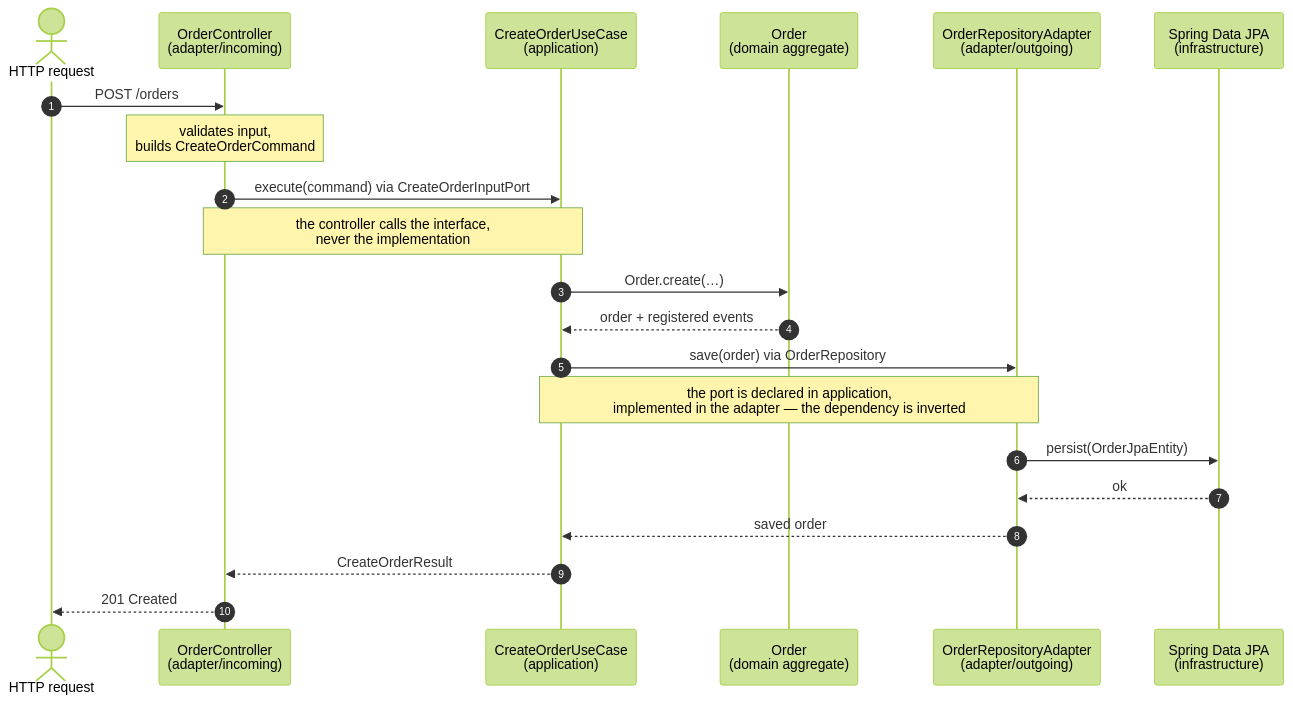
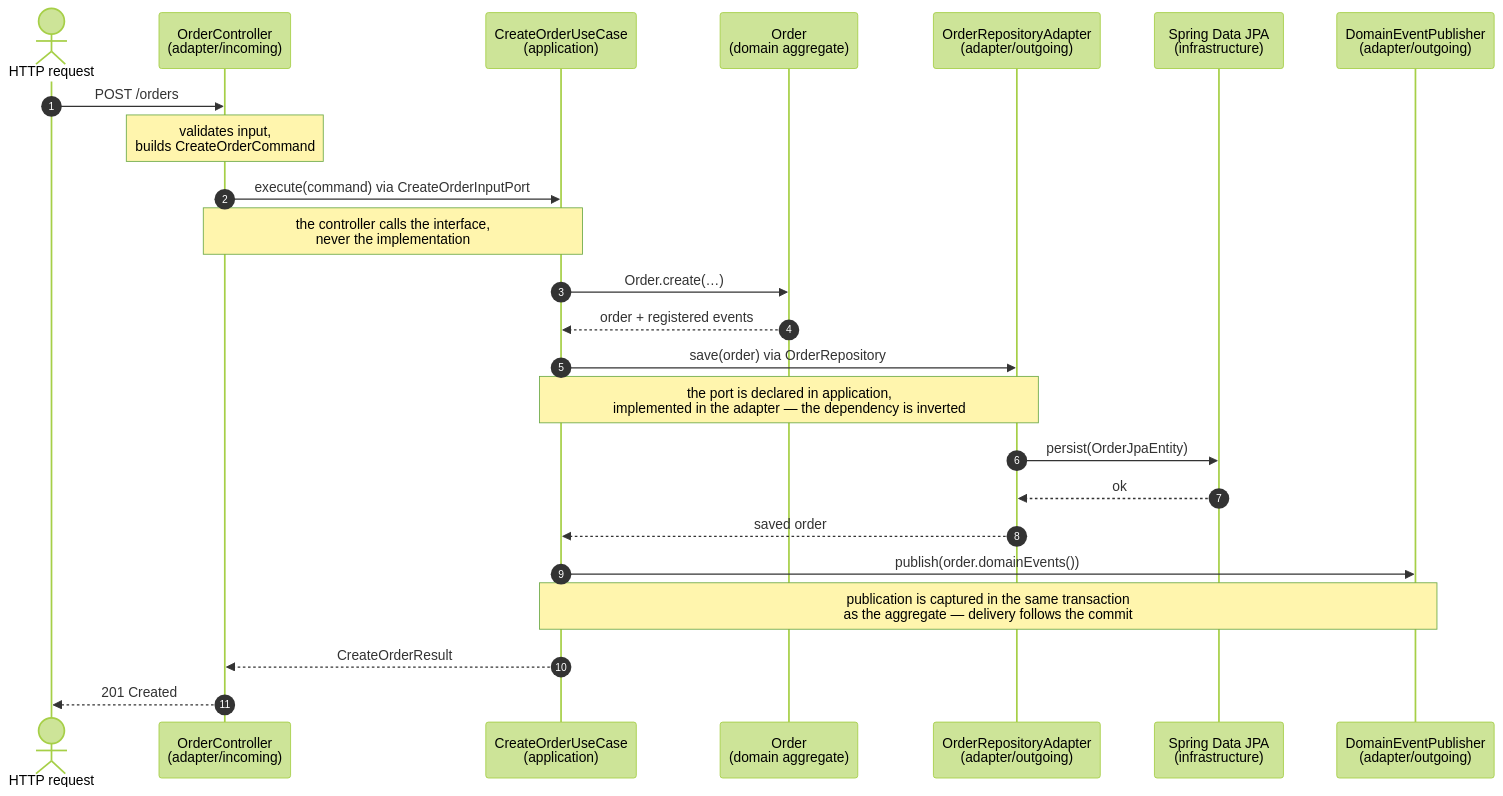
One commit to domain-centric-development/dca-guide changed the second of 3 diagrams in architecture/dependency-structure.md. Above: the diagram before and after it, drawn with Mermaid (forest theme). The commit also changed other lines of this file, not shown here.

````diff
--- a/architecture/dependency-structure.md
+++ b/architecture/dependency-structure.md
@@ -32,24 +32,27 @@
 ```mermaid
 sequenceDiagram
     autonumber
     actor Client as HTTP request
     participant C as OrderController<br>(adapter/incoming)
     participant U as CreateOrderUseCase<br>(application)
     participant O as Order<br>(domain aggregate)
     participant R as OrderRepositoryAdapter<br>(adapter/outgoing)
     participant DB as Spring Data JPA<br>(infrastructure)
+    participant P as DomainEventPublisher<br>(adapter/outgoing)
 
     Client->>C: POST /orders
     Note over C: validates input,<br>builds CreateOrderCommand
     C->>U: execute(command) via CreateOrderInputPort
     Note over C,U: the controller calls the interface,<br>never the implementation
     U->>O: Order.create(…)
     O-->>U: order + registered events
     U->>R: save(order) via OrderRepository
     Note over U,R: the port is declared in application,<br>implemented in the adapter — the dependency is inverted
     R->>DB: persist(OrderJpaEntity)
     DB-->>R: ok
     R-->>U: saved order
+    U->>P: publish(order.domainEvents())
+    Note over U,P: publication is captured in the same transaction<br>as the aggregate — delivery follows the commit
     U-->>C: CreateOrderResult
     C-->>Client: 201 Created
 ```
````
